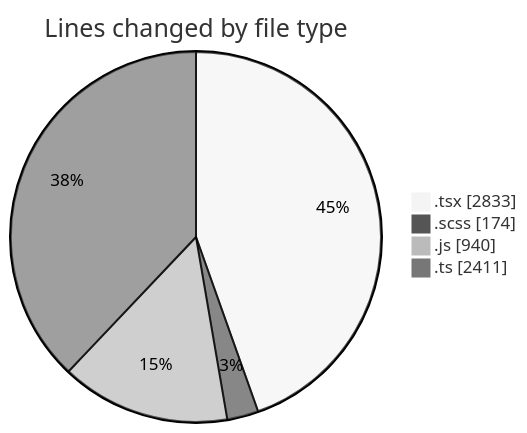
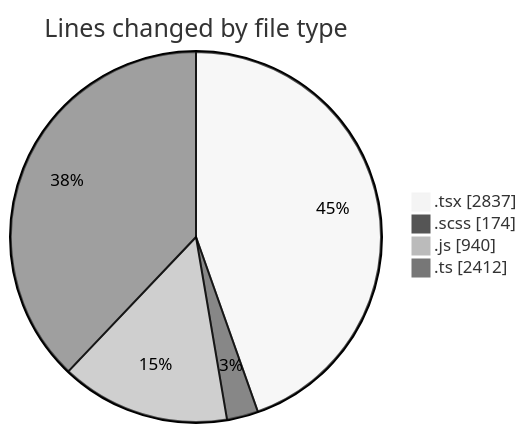
The first of 2 diagrams in 2026-07-15/cda/README.md (momahboobian/code-tracking), drawn with Mermaid (neutral theme) before and after one commit. The commit also changed other lines of this file and 1 other file, not shown here.

````diff
--- a/2026-07-15/cda/README.md
+++ b/2026-07-15/cda/README.md
@@ -51,8 +51,8 @@
 ```mermaid
 pie showData
 title Lines changed by file type
-".tsx" : 2833
+".tsx" : 2837
 ".scss" : 174
 ".js" : 940
-".ts" : 2411
+".ts" : 2412
 ```
````
